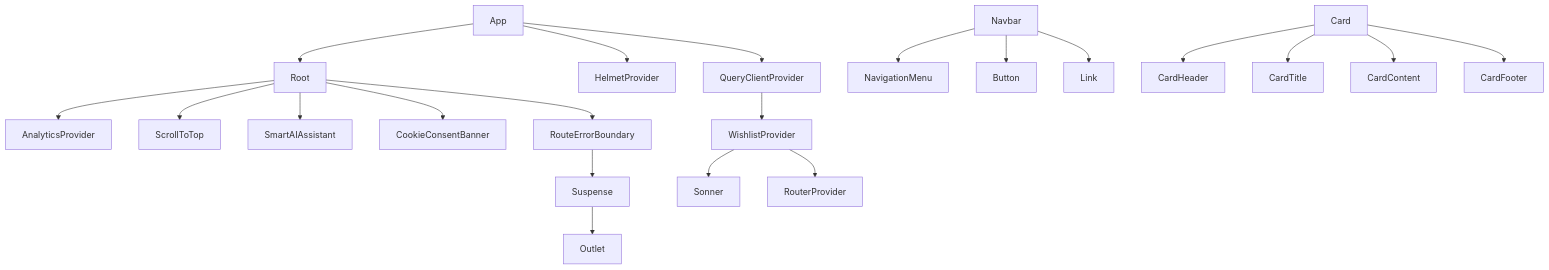
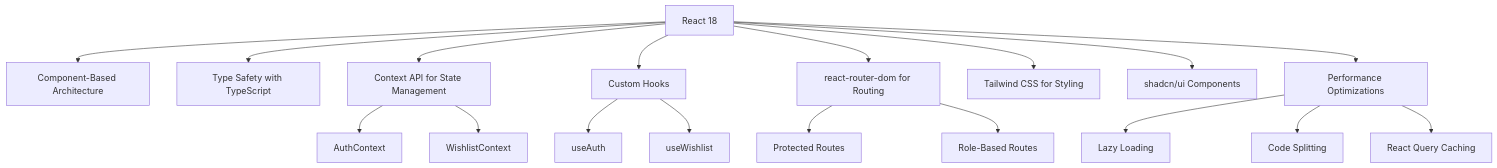
Before and after one commit to sleekapparels-admin/sleekapp-v100: the second of 8 diagrams in .qoder/repowiki/en/content/Frontend Architecture/Frontend Architecture.md, drawn with Mermaid. The commit also changed other lines of this file and 337 other files, not shown here.

````diff
--- a/.qoder/repowiki/en/content/Frontend Architecture/Frontend Architecture.md
+++ b/.qoder/repowiki/en/content/Frontend Architecture/Frontend Architecture.md
@@ -138,23 +97,20 @@
 ```mermaid
 graph TD
-A[App] --> B[Root]
-B --> C[AnalyticsProvider]
-B --> D[ScrollToTop]
-B --> E[SmartAIAssistant]
-B --> F[CookieConsentBanner]
-B --> G[RouteErrorBoundary]
-G --> H[Suspense]
-H --> I[Outlet]
-A --> J[HelmetProvider]
-A --> K[QueryClientProvider]
-K --> L[WishlistProvider]
-L --> M[Sonner]
-L --> N[RouterProvider]
-O[Navbar] --> P[NavigationMenu]
-O --> Q[Button]
-O --> R[Link]
-S[Card] --> T[CardHeader]
-S --> U[CardTitle]
-S --> V[CardContent]
-S --> W[CardFooter]
+A[React 18] --> B[Component-Based Architecture]
+A --> C[Type Safety with TypeScript]
+A --> D[Context API for State Management]
+A --> E[Custom Hooks]
+A --> F[react-router-dom for Routing]
+A --> G[Tailwind CSS for Styling]
+A --> H[shadcn/ui Components]
+A --> I[Performance Optimizations]
+D --> J[AuthContext]
+D --> K[WishlistContext]
+E --> L[useAuth]
+E --> M[useWishlist]
+F --> N[Protected Routes]
+F --> O[Role-Based Routes]
+I --> P[Lazy Loading]
+I --> Q[Code Splitting]
+I --> R[React Query Caching]
 ```
````
